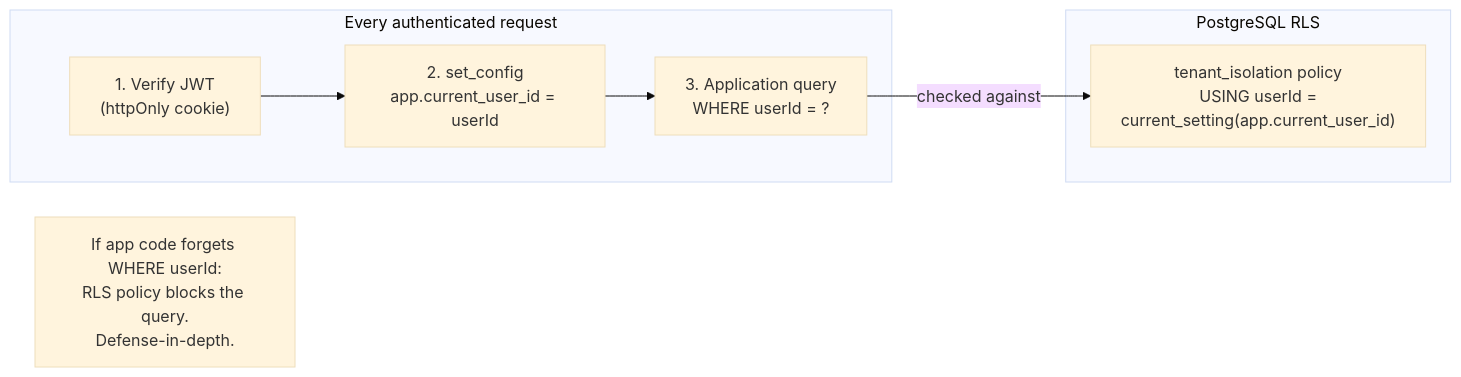
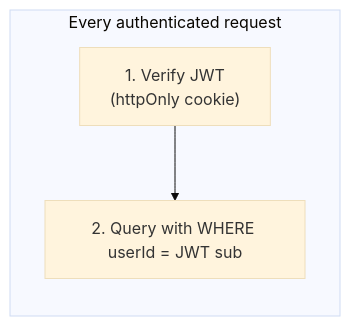
The fifth of 7 diagrams in docs/architecture.md (AdityaKrSingh26/Pursuit), drawn with Mermaid (base theme) before and after one commit. The commit also changed other lines of this file and 35 other files, not shown here.

````diff
--- a/docs/architecture.md
+++ b/docs/architecture.md
@@ -155,17 +155,9 @@
 ```mermaid
 flowchart LR
     subgraph Request["Every authenticated request"]
         JWT["1. Verify JWT\n(httpOnly cookie)"]
-        CTX["2. set_config\napp.current_user_id = userId"]
-        QUERY["3. Application query\nWHERE userId = ?"]
+        QUERY["2. Query with WHERE userId = JWT sub"]
     end
 
-    subgraph DB["PostgreSQL RLS"]
-        POL["tenant_isolation policy\nUSING userId =\ncurrent_setting(app.current_user_id)"]
-    end
-
-    JWT --> CTX --> QUERY
-    QUERY -->|checked against| POL
-
-    note1["If app code forgets WHERE userId:\nRLS policy blocks the query.\nDefense-in-depth."]
+    JWT --> QUERY
 ```
````
